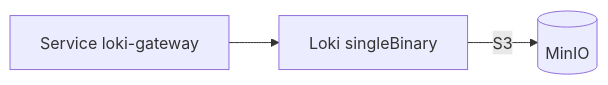
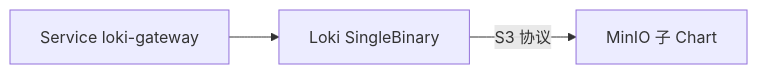
One commit to brinnatt/kubeauto changed diagram 37 of 46 in docs/efk/EFK.md. Above: the diagram before and after it, drawn with Mermaid. The commit also changed other lines of this file, not shown here.

````diff
--- a/docs/efk/EFK.md
+++ b/docs/efk/EFK.md
@@ -2183,8 +2210,8 @@
 ```mermaid
 flowchart LR
   GW["Service loki-gateway"]
-  SB[Loki singleBinary]
-  MI[(MinIO)]
+  SB["Loki SingleBinary"]
+  MI["MinIO 子 Chart"]
   GW --> SB
-  SB -->|S3| MI
+  SB -->|"S3 协议"| MI
 ```
````
